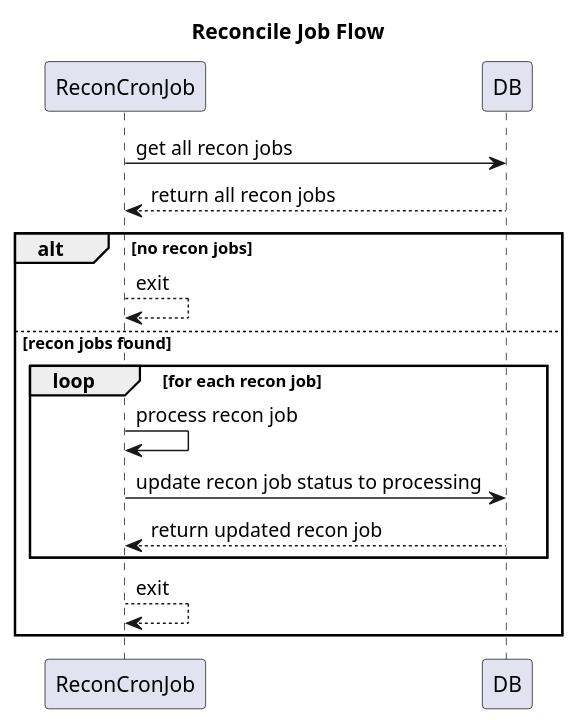
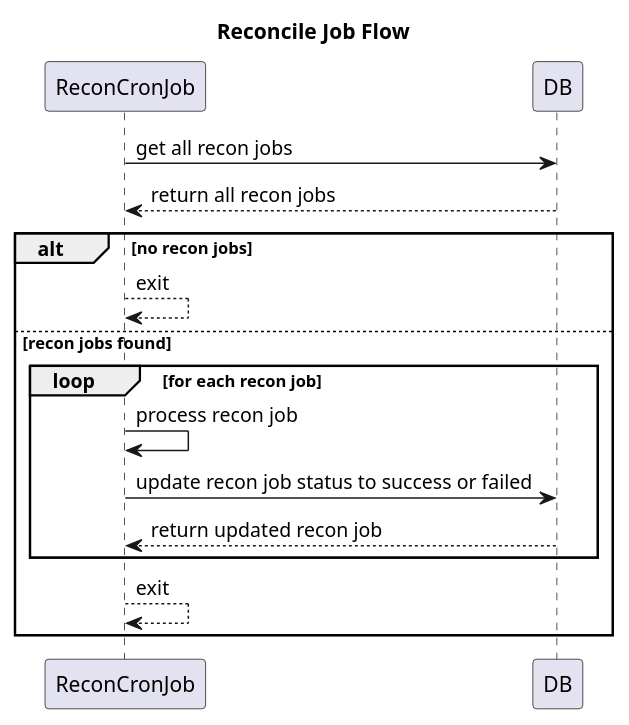
One commit to dellykaos/reconcile-transactions changed the diagram in docs/reconcile_job.plantuml. Above: the diagram before and after it, drawn with PlantUML. The commit also changed 1 other file, not shown here.

Commit message:
add api and flow documentation to readme

```diff
--- a/docs/reconcile_job.plantuml
+++ b/docs/reconcile_job.plantuml
@@ -1,18 +1,18 @@
 @startuml Reconcile Job Flow
 
 title Reconcile Job Flow
 
 ReconCronJob -> DB: get all recon jobs
 DB --> ReconCronJob: return all recon jobs
 alt no recon jobs
   ReconCronJob --> ReconCronJob: exit
 else recon jobs found
   loop for each recon job
     ReconCronJob -> ReconCronJob: process recon job
-    ReconCronJob -> DB: update recon job status to processing
+    ReconCronJob -> DB: update recon job status to success or failed
     DB --> ReconCronJob: return updated recon job
   end
   ReconCronJob --> ReconCronJob: exit
 end
 
 @enduml
```
